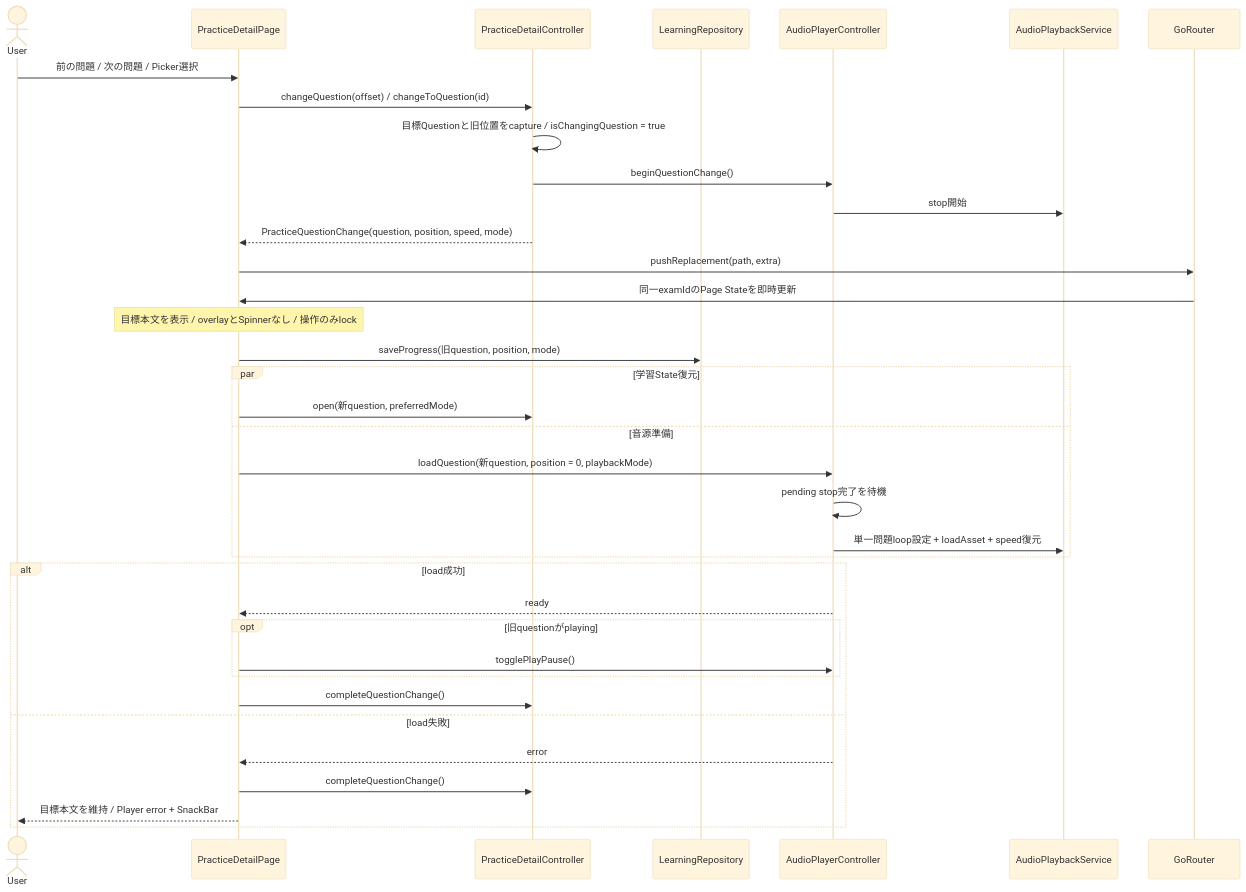
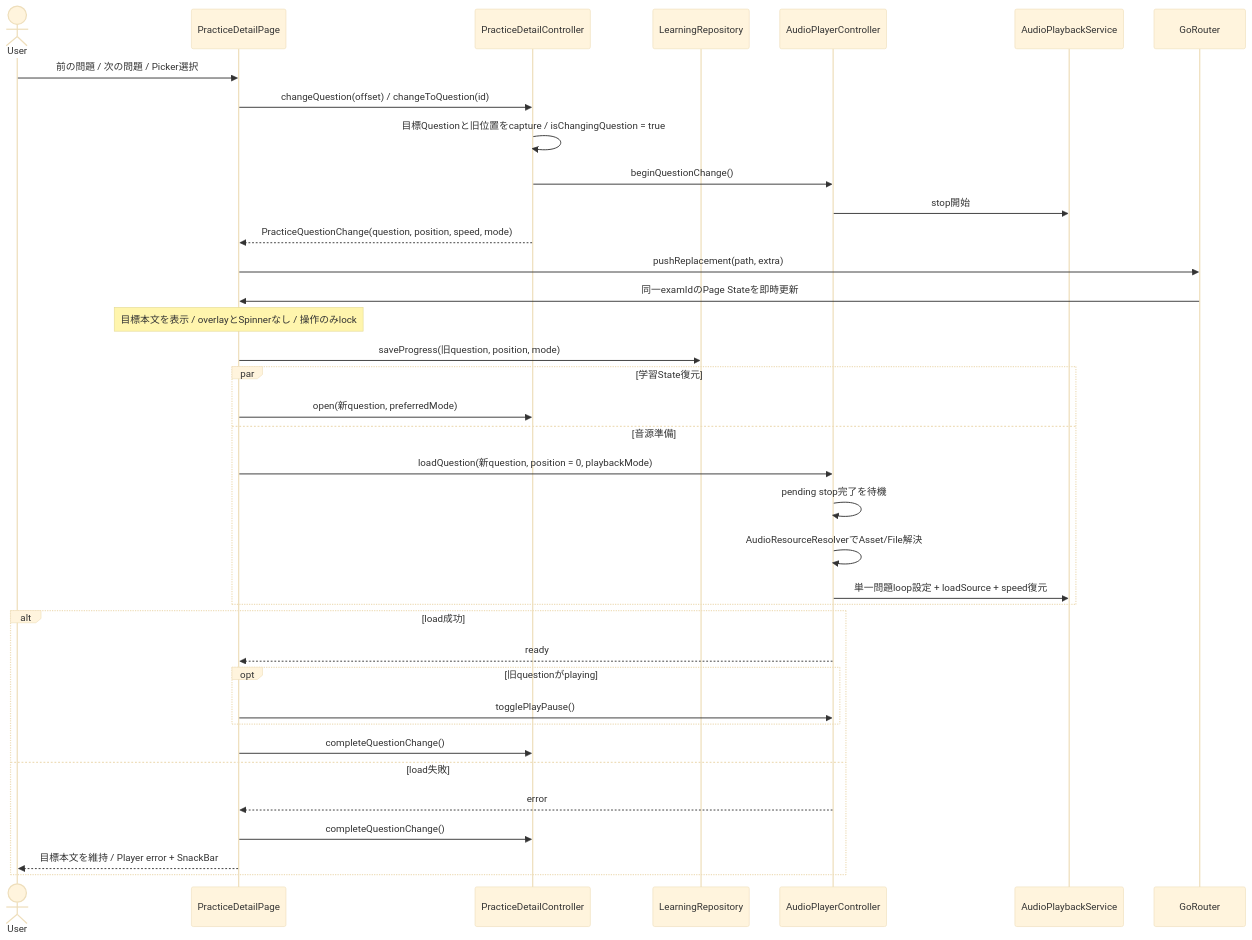
One commit to zhanghangcode/my_flutter changed the tenth of 12 diagrams in docs/APP_TECHNICAL_DESIGN.md. Above: the diagram before and after it, drawn with Mermaid (base theme). The commit also changed other lines of this file and 35 other files, not shown here.

````diff
--- a/docs/APP_TECHNICAL_DESIGN.md
+++ b/docs/APP_TECHNICAL_DESIGN.md
@@ -852,38 +868,39 @@
 ```mermaid
 sequenceDiagram
     actor User
     participant Page as PracticeDetailPage
     participant Detail as PracticeDetailController
     participant Learning as LearningRepository
     participant Audio as AudioPlayerController
     participant Service as AudioPlaybackService
     participant Router as GoRouter
     User->>Page: 前の問題 / 次の問題 / Picker選択
     Page->>Detail: changeQuestion(offset) / changeToQuestion(id)
     Detail->>Detail: 目標Questionと旧位置をcapture / isChangingQuestion = true
     Detail->>Audio: beginQuestionChange()
     Audio->>Service: stop開始
     Detail-->>Page: PracticeQuestionChange(question, position, speed, mode)
     Page->>Router: pushReplacement(path, extra)
     Router->>Page: 同一examIdのPage Stateを即時更新
     Note over Page: 目標本文を表示 / overlayとSpinnerなし / 操作のみlock
     Page->>Learning: saveProgress(旧question, position, mode)
     par 学習State復元
         Page->>Detail: open(新question, preferredMode)
     and 音源準備
         Page->>Audio: loadQuestion(新question, position = 0, playbackMode)
         Audio->>Audio: pending stop完了を待機
-        Audio->>Service: 単一問題loop設定 + loadAsset + speed復元
+        Audio->>Audio: AudioResourceResolverでAsset/File解決
+        Audio->>Service: 単一問題loop設定 + loadSource + speed復元
     end
     alt load成功
         Audio-->>Page: ready
         opt 旧questionがplaying
             Page->>Audio: togglePlayPause()
         end
         Page->>Detail: completeQuestionChange()
     else load失敗
         Audio-->>Page: error
         Page->>Detail: completeQuestionChange()
         Page-->>User: 目標本文を維持 / Player error + SnackBar
     end
 ```
````
